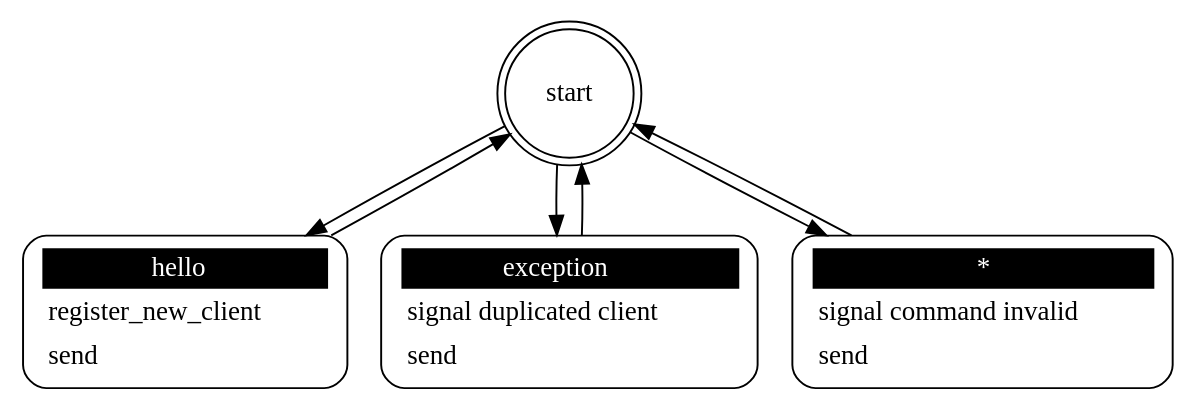
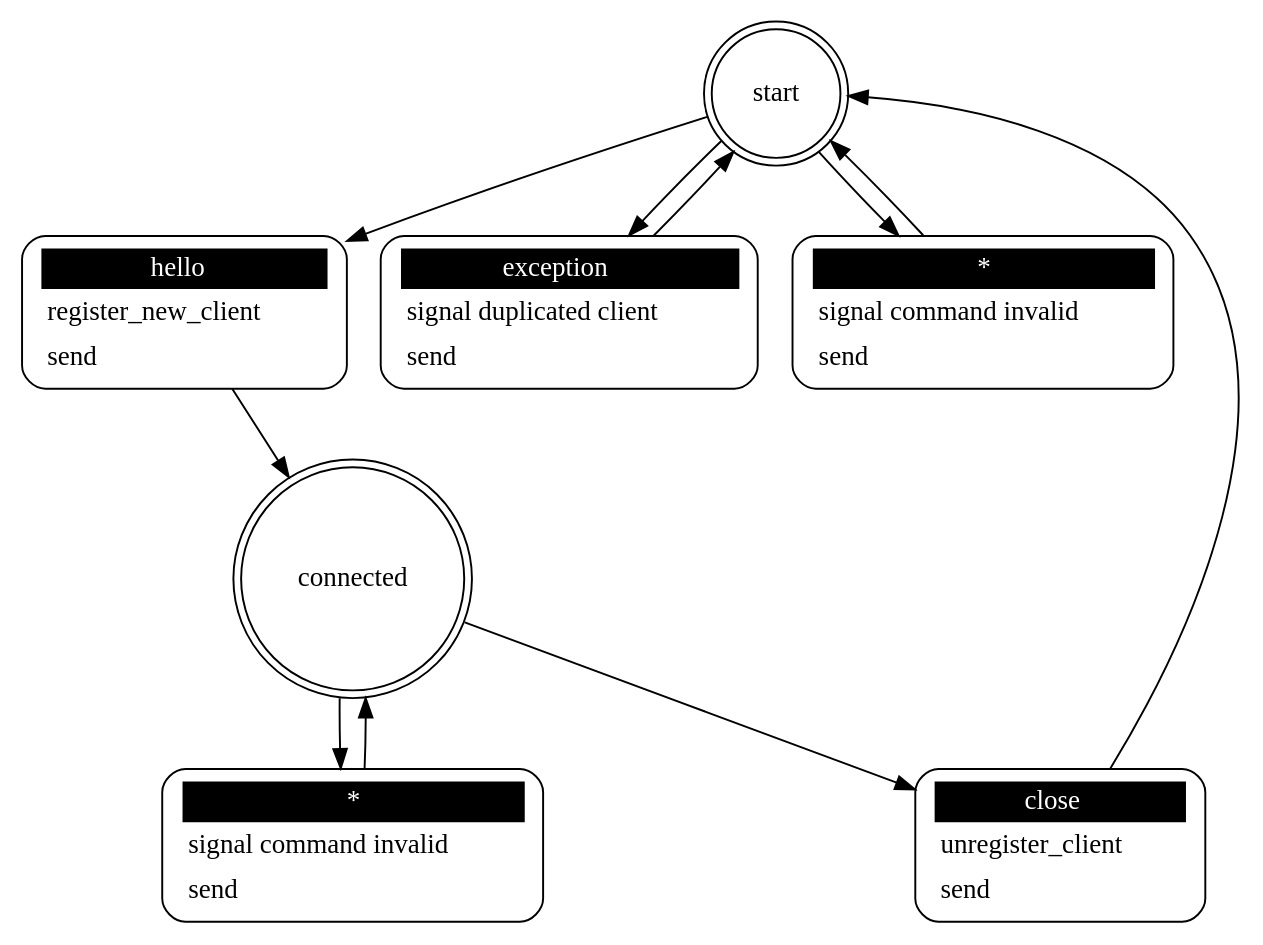
Before and after one commit to eaton-bob/joex: the diagram in src/joex_server.dot, drawn with Graphviz. The commit also changed 2 other files, not shown here.

Commit message:
Problem: no server code for connected state
Solution: generate it

```diff
--- a/src/joex_server.dot
+++ b/src/joex_server.dot
@@ -1,14 +1,22 @@
 ## Automatically generated from joex_server.xml by gsl
 digraph "joex_server" {
 
  "start" [shape = "doublecircle"];
  "start hello" [shape = "Mrecord" style = solid label = <<table border="0" cellborder="0" cellpadding="3" bgcolor="white"><tr><td bgcolor="black" align="center" colspan="2"><font color="white">hello</font></td></tr><tr><td align="left" port="r3">register_new_client</td></tr><tr><td align="left" port="r3">send</td></tr></table>>];
  "start" -> "start hello";
- "start hello" -> "start";
+ "start hello" -> "connected";
  "start exception" [shape = "Mrecord" style = solid label = <<table border="0" cellborder="0" cellpadding="3" bgcolor="white"><tr><td bgcolor="black" align="center" colspan="2"><font color="white">exception</font></td></tr><tr><td align="left" port="r3">signal duplicated client</td></tr><tr><td align="left" port="r3">send</td></tr></table>>];
  "start" -> "start exception";
  "start exception" -> "start";
  "start *" [shape = "Mrecord" style = solid label = <<table border="0" cellborder="0" cellpadding="3" bgcolor="white"><tr><td bgcolor="black" align="center" colspan="2"><font color="white">*</font></td></tr><tr><td align="left" port="r3">signal command invalid</td></tr><tr><td align="left" port="r3">send</td></tr></table>>];
  "start" -> "start *";
  "start *" -> "start";
+
+ "connected" [shape = "doublecircle"];
+ "connected close" [shape = "Mrecord" style = solid label = <<table border="0" cellborder="0" cellpadding="3" bgcolor="white"><tr><td bgcolor="black" align="center" colspan="2"><font color="white">close</font></td></tr><tr><td align="left" port="r3">unregister_client</td></tr><tr><td align="left" port="r3">send</td></tr></table>>];
+ "connected" -> "connected close";
+ "connected close" -> "start";
+ "connected *" [shape = "Mrecord" style = solid label = <<table border="0" cellborder="0" cellpadding="3" bgcolor="white"><tr><td bgcolor="black" align="center" colspan="2"><font color="white">*</font></td></tr><tr><td align="left" port="r3">signal command invalid</td></tr><tr><td align="left" port="r3">send</td></tr></table>>];
+ "connected" -> "connected *";
+ "connected *" -> "connected";
 }
```
